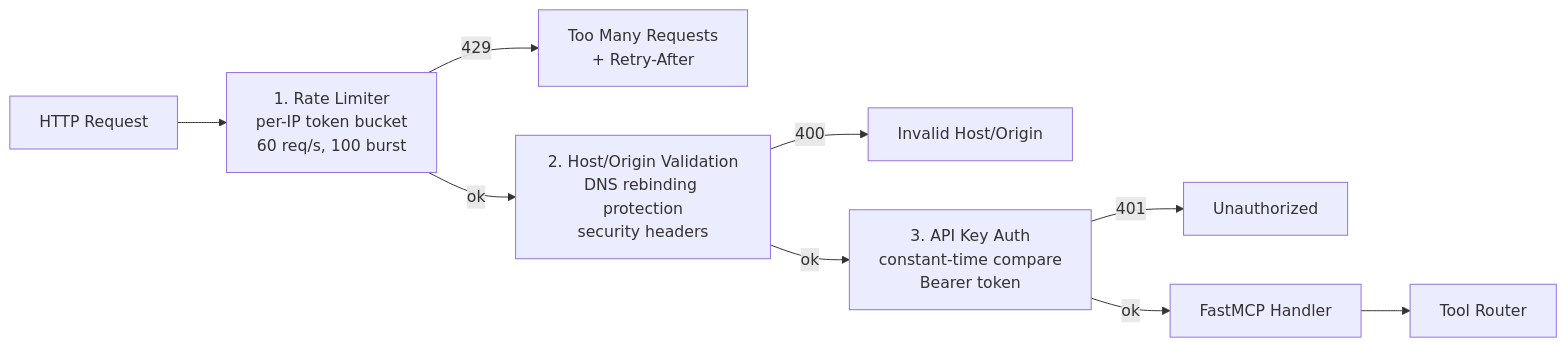
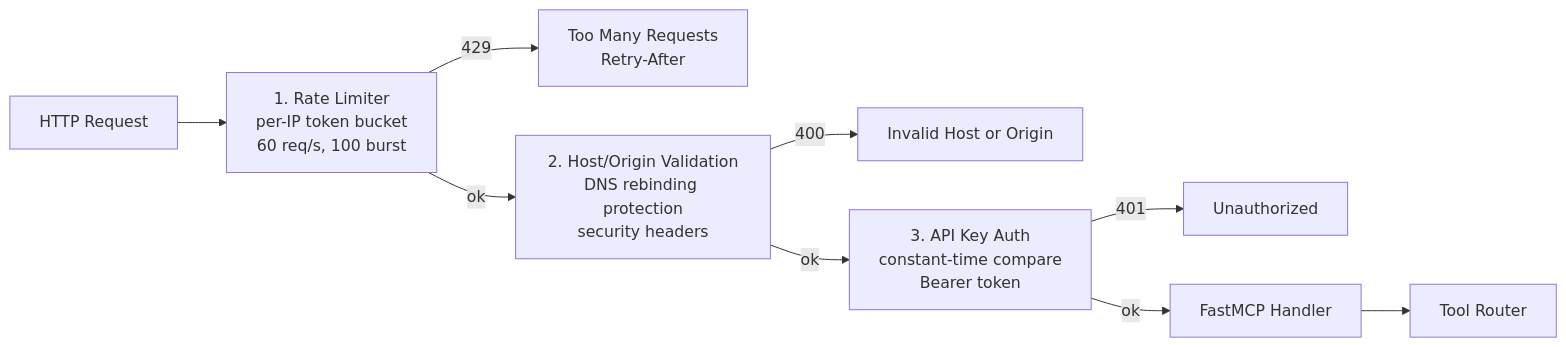
One commit to Zaeem20/ShikariMCP changed the seventh of 7 diagrams in docs/ARCHITECTURE.md. Above: the diagram before and after it, drawn with Mermaid. The commit also changed other lines of this file and 4 other files, not shown here.

First line of the commit message:
fix(docs): quote mermaid labels for GitHub rendering, use image in README

````diff
--- a/docs/ARCHITECTURE.md
+++ b/docs/ARCHITECTURE.md
@@ -280,11 +280,11 @@
 ```mermaid
 flowchart LR
-    REQ[HTTP Request] --> MW1[1. Rate Limiter<br/>per-IP token bucket<br/>60 req/s, 100 burst]
-    MW1 -->|429| R429[Too Many Requests<br/>+ Retry-After]
-    MW1 -->|ok| MW2[2. Host/Origin Validation<br/>DNS rebinding protection<br/>security headers]
-    MW2 -->|400| R400[Invalid Host/Origin]
-    MW2 -->|ok| MW3[3. API Key Auth<br/>constant-time compare<br/>Bearer token]
-    MW3 -->|401| R401[Unauthorized]
-    MW3 -->|ok| MCP[FastMCP Handler]
-    MCP --> TOOLS[Tool Router]
+    REQ["HTTP Request"] --> MW1["1. Rate Limiter<br/>per-IP token bucket<br/>60 req/s, 100 burst"]
+    MW1 -->|429| R429["Too Many Requests<br/>Retry-After"]
+    MW1 -->|ok| MW2["2. Host/Origin Validation<br/>DNS rebinding protection<br/>security headers"]
+    MW2 -->|400| R400["Invalid Host or Origin"]
+    MW2 -->|ok| MW3["3. API Key Auth<br/>constant-time compare<br/>Bearer token"]
+    MW3 -->|401| R401["Unauthorized"]
+    MW3 -->|ok| MCP["FastMCP Handler"]
+    MCP --> TOOLS["Tool Router"]
 ```
````
